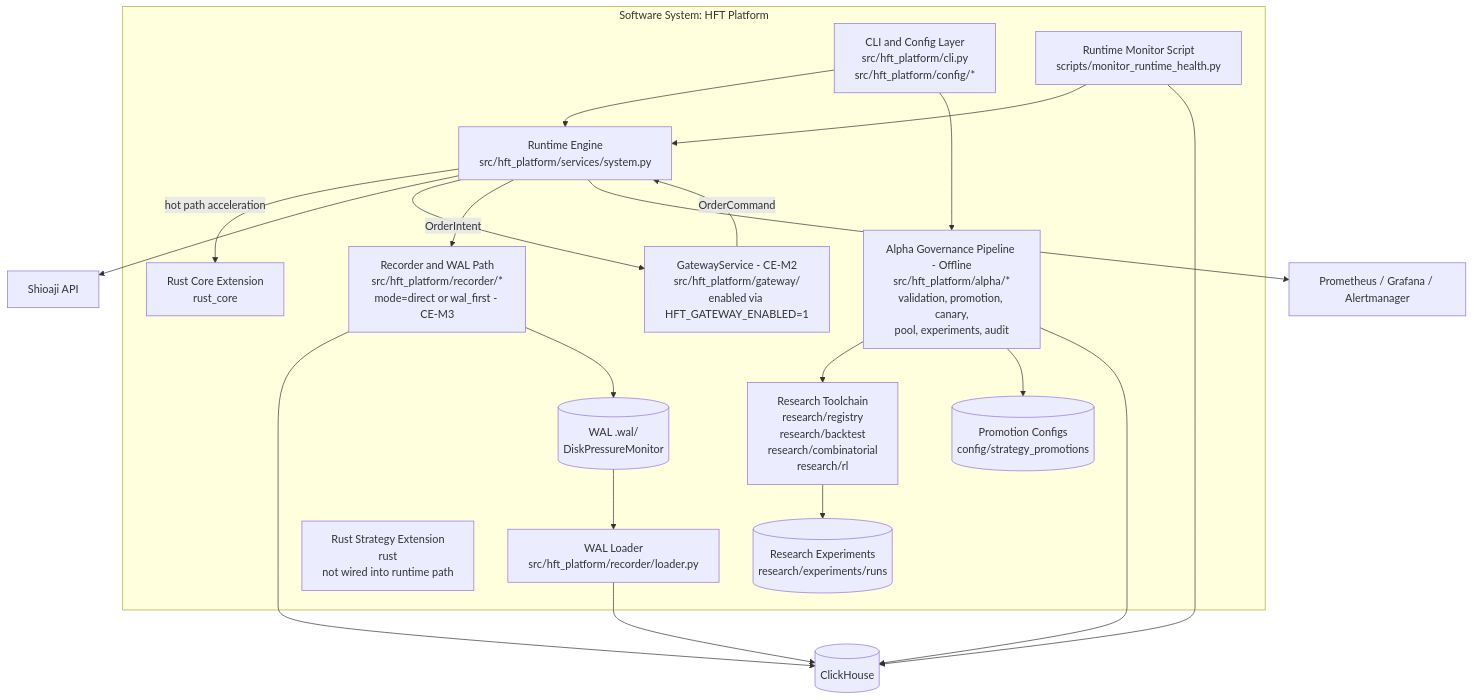
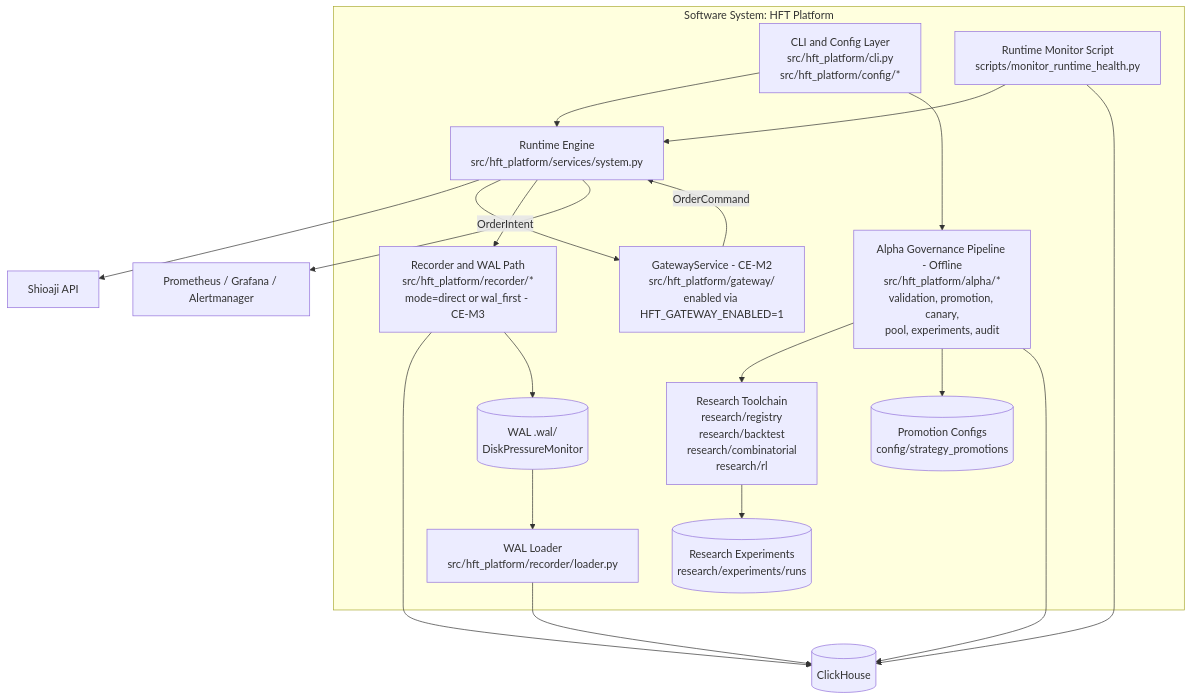
Before and after one commit to Charliesj0129/subhft: the second of 5 diagrams in docs/architecture/c4-model-current.md, drawn with Mermaid. The commit also changed other lines of this file and 264 other files, not shown here.

First line of the commit message:
chore: remove the project-owned Rust extension (#728)

````diff
--- a/docs/architecture/c4-model-current.md
+++ b/docs/architecture/c4-model-current.md
@@ -29,41 +29,38 @@
 ```mermaid
 flowchart TB
   subgraph hftsys[Software System: HFT Platform]
     cli[CLI and Config Layer\nsrc/hft_platform/cli.py\nsrc/hft_platform/config/*]
     engine[Runtime Engine\nsrc/hft_platform/services/system.py]
     gateway[GatewayService - CE-M2\nsrc/hft_platform/gateway/\nenabled via HFT_GATEWAY_ENABLED=1]
     rec[Recorder and WAL Path\nsrc/hft_platform/recorder/*\nmode=direct or wal_first - CE-M3]
     loader[WAL Loader\nsrc/hft_platform/recorder/loader.py]
     alpha[Alpha Governance Pipeline - Offline\nsrc/hft_platform/alpha/*\nvalidation, promotion, canary,\npool, experiments, audit]
     research[Research Toolchain\nresearch/registry\nresearch/backtest\nresearch/combinatorial\nresearch/rl]
-    rustcore[Rust Core Extension\nrust_core]
-    ruststrategy[Rust Strategy Extension\nrust\nnot wired into runtime path]
     monitor[Runtime Monitor Script\nscripts/monitor_runtime_health.py]
     wal[(WAL .wal/\nDiskPressureMonitor)]
     exp[(Research Experiments\nresearch/experiments/runs)]
     promos[(Promotion Configs\nconfig/strategy_promotions)]
   end
 
   shioaji[Shioaji API]
   clickhouse[(ClickHouse)]
   observability[Prometheus / Grafana / Alertmanager]
 
   cli --> engine
   cli --> alpha
   alpha --> research
   research --> exp
   alpha --> promos
-  engine -->|hot path acceleration| rustcore
   engine --> shioaji
   engine -->|OrderIntent| gateway
   gateway -->|OrderCommand| engine
   engine --> rec
   rec --> clickhouse
   rec --> wal
   wal --> loader
   loader --> clickhouse
   engine --> observability
   monitor --> engine
   monitor --> clickhouse
   alpha --> clickhouse
 ```
````
